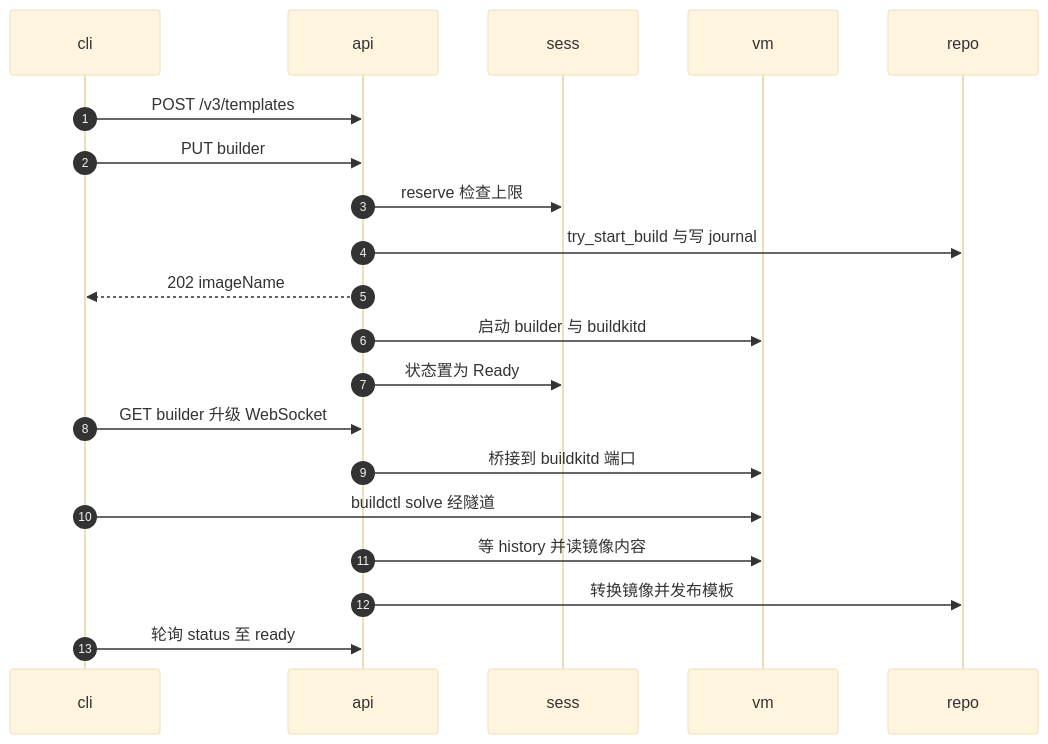
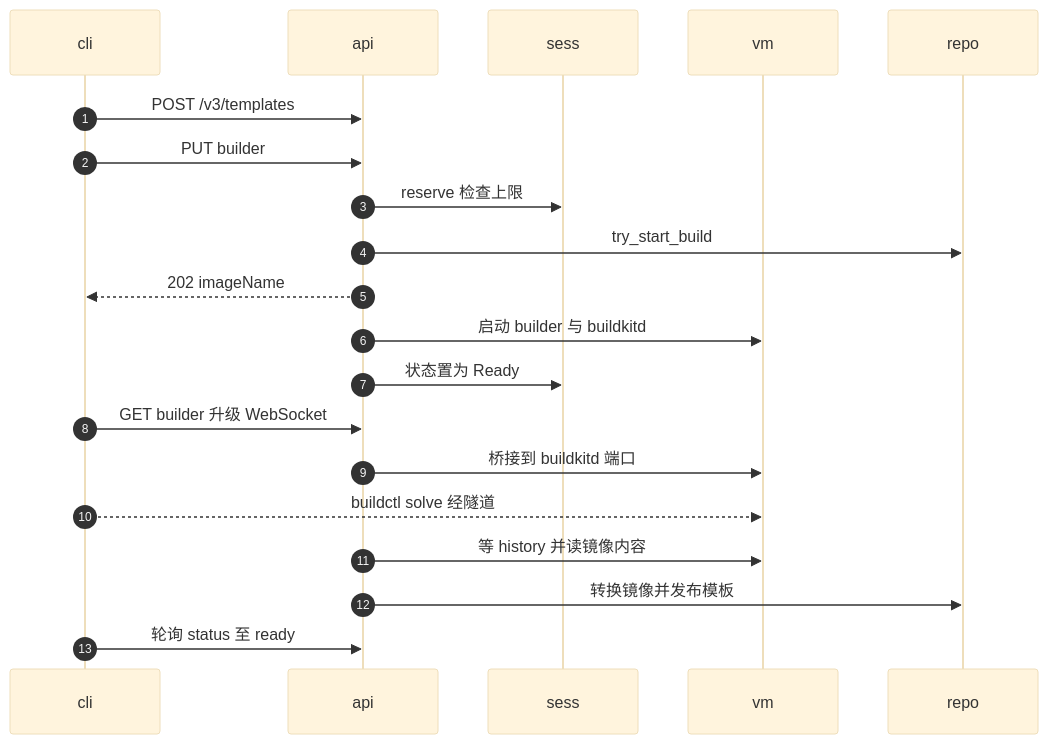
One commit to AustinJiangg/ai-books changed the second of 3 diagrams in agentenv/15-template-build-api.md. Above: the diagram before and after it, drawn with Mermaid (base theme).

Commit message:
AgentENV 手册：第 12–15 篇写作中（中间稿）
Claude-Session: https://claude.ai/code/session_011NCs2cvnLBd6y9UKsEDQfV

````diff
--- a/agentenv/15-template-build-api.md
+++ b/agentenv/15-template-build-api.md
@@ -180,22 +180,22 @@
 ```mermaid
 sequenceDiagram
     autonumber
     participant cli
     participant api
     participant sess
     participant vm
     participant repo
     cli->>api: POST /v3/templates
     cli->>api: PUT builder
     api->>sess: reserve 检查上限
-    api->>repo: try_start_build 与写 journal
+    api->>repo: try_start_build
     api-->>cli: 202 imageName
     api->>vm: 启动 builder 与 buildkitd
     api->>sess: 状态置为 Ready
     cli->>api: GET builder 升级 WebSocket
     api->>vm: 桥接到 buildkitd 端口
-    cli->>vm: buildctl solve 经隧道
+    cli-->>vm: buildctl solve 经隧道
     api->>vm: 等 history 并读镜像内容
     api->>repo: 转换镜像并发布模板
     cli->>api: 轮询 status 至 ready
 ```
````
